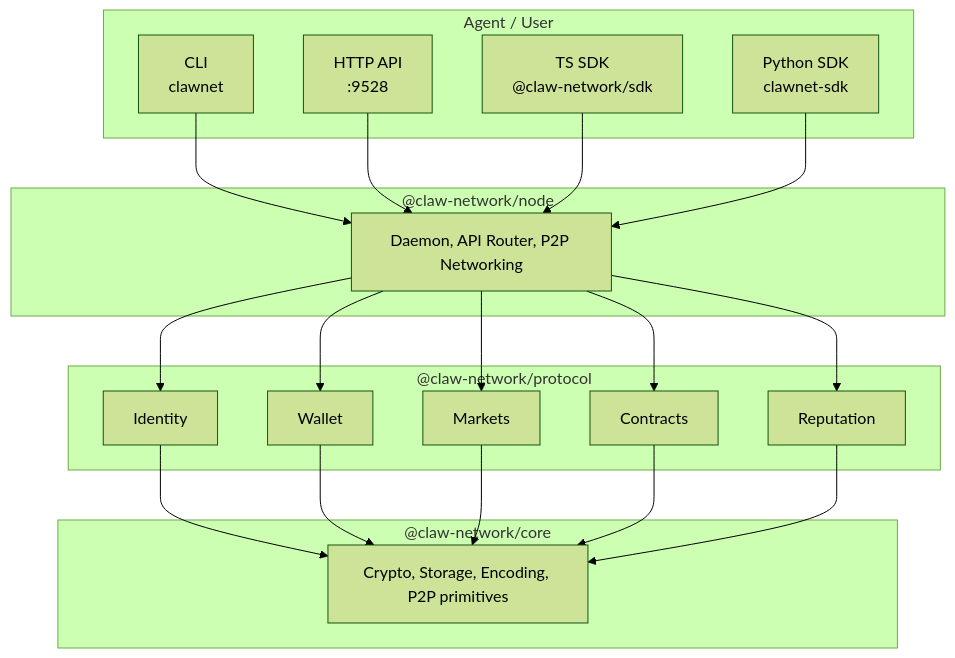
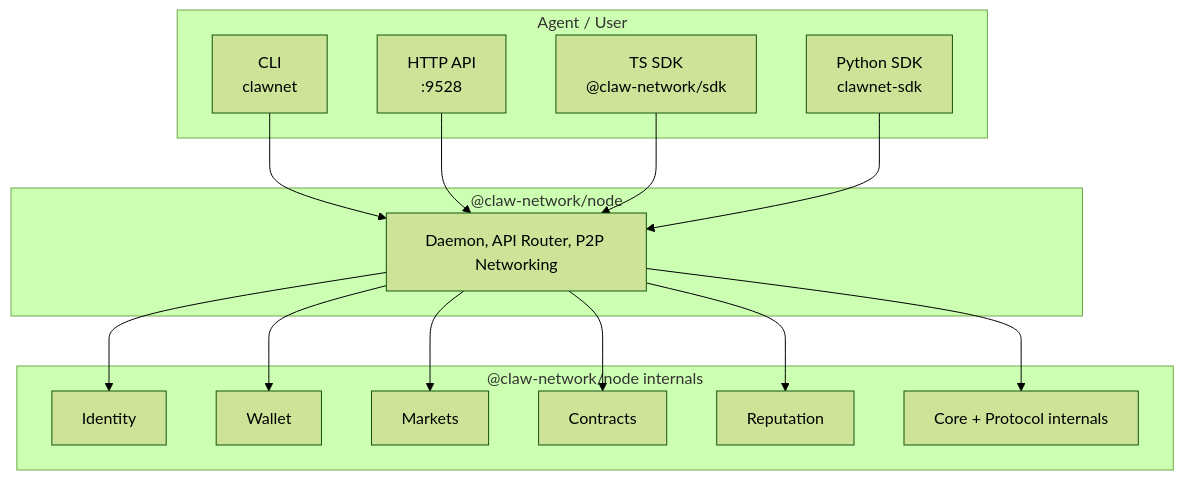
The diagram in README.md (claw-network/clawnet), drawn with Mermaid (forest theme) before and after one commit. The commit also changed other lines of this file and 899 other files, not shown here.

````diff
--- a/README.md
+++ b/README.md
@@ -104,32 +104,28 @@
 ```mermaid
 graph TD
   subgraph Client ["Agent / User"]
     CLI["CLI<br/>clawnet"]
     API["HTTP API<br/>:9528"]
     TS["TS SDK<br/>@claw-network/sdk"]
     PY["Python SDK<br/>clawnet-sdk"]
   end
 
   subgraph Node ["@claw-network/node"]
     ND["Daemon, API Router, P2P Networking"]
   end
 
-  subgraph Protocol ["@claw-network/protocol"]
+  subgraph Runtime ["@claw-network/node internals"]
     Identity
     Wallet
     Markets
     Contracts
     Reputation
-  end
-
-  subgraph Core ["@claw-network/core"]
-    CR["Crypto, Storage, Encoding, P2P primitives"]
+    Core["Core + Protocol internals"]
   end
 
   CLI --> ND
   API --> ND
   TS --> ND
   PY --> ND
-  ND --> Identity & Wallet & Markets & Contracts & Reputation
-  Identity & Wallet & Markets & Contracts & Reputation --> CR
+  ND --> Identity & Wallet & Markets & Contracts & Reputation & Core
 ```
````
